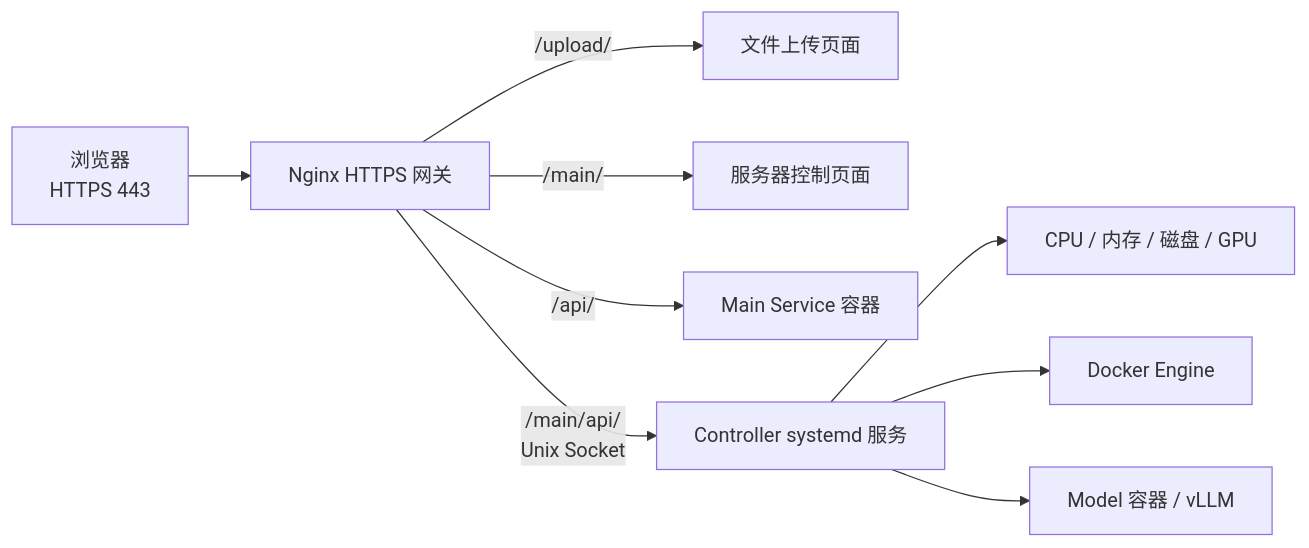
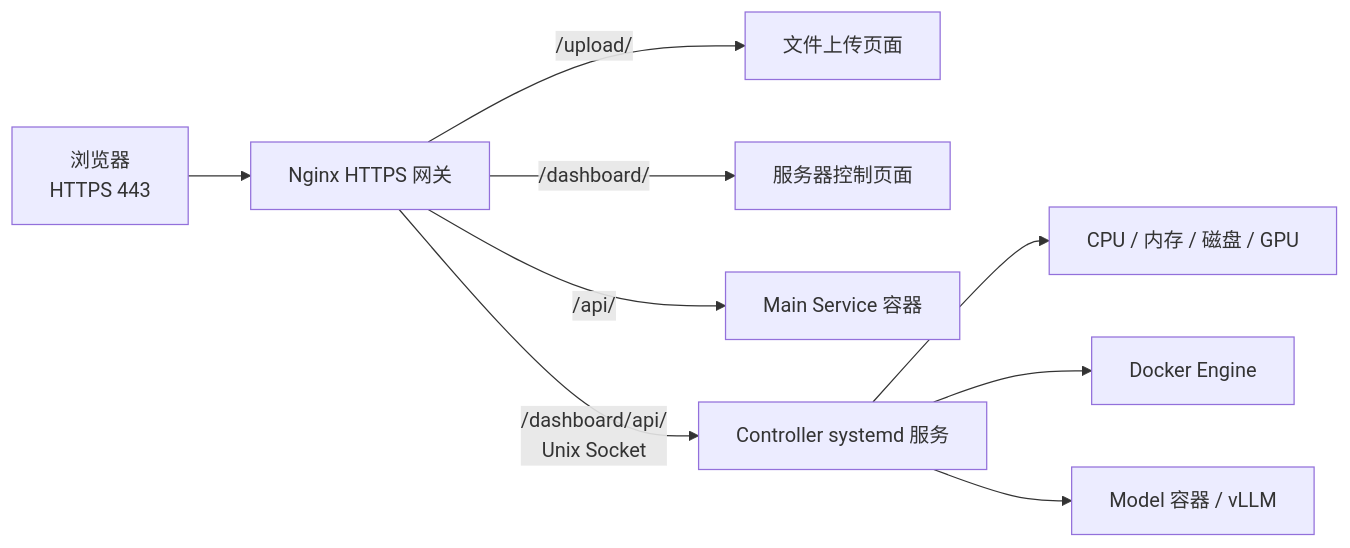
The diagram in README.md (niconiconi-4k/omni_ai_controller), drawn with Mermaid before and after one commit. The commit also changed other lines of this file, not shown here.

Commit message:
docs: update dashboard routes

````diff
--- a/README.md
+++ b/README.md
@@ -7,11 +7,11 @@
 ```mermaid
 flowchart LR
 	Browser["浏览器<br/>HTTPS 443"] --> Gateway["Nginx HTTPS 网关"]
 	Gateway -->|/upload/| UploadUI["文件上传页面"]
-	Gateway -->|/main/| AdminUI["服务器控制页面"]
+	Gateway -->|/dashboard/| AdminUI["服务器控制页面"]
 	Gateway -->|/api/| UploadAPI["Main Service 容器"]
-	Gateway -->|/main/api/<br/>Unix Socket| Controller["Controller systemd 服务"]
+	Gateway -->|/dashboard/api/<br/>Unix Socket| Controller["Controller systemd 服务"]
 	Controller --> Hardware["CPU / 内存 / 磁盘 / GPU"]
 	Controller --> Docker["Docker Engine"]
 	Controller --> Model["Model 容器 / vLLM"]
 ```
````
